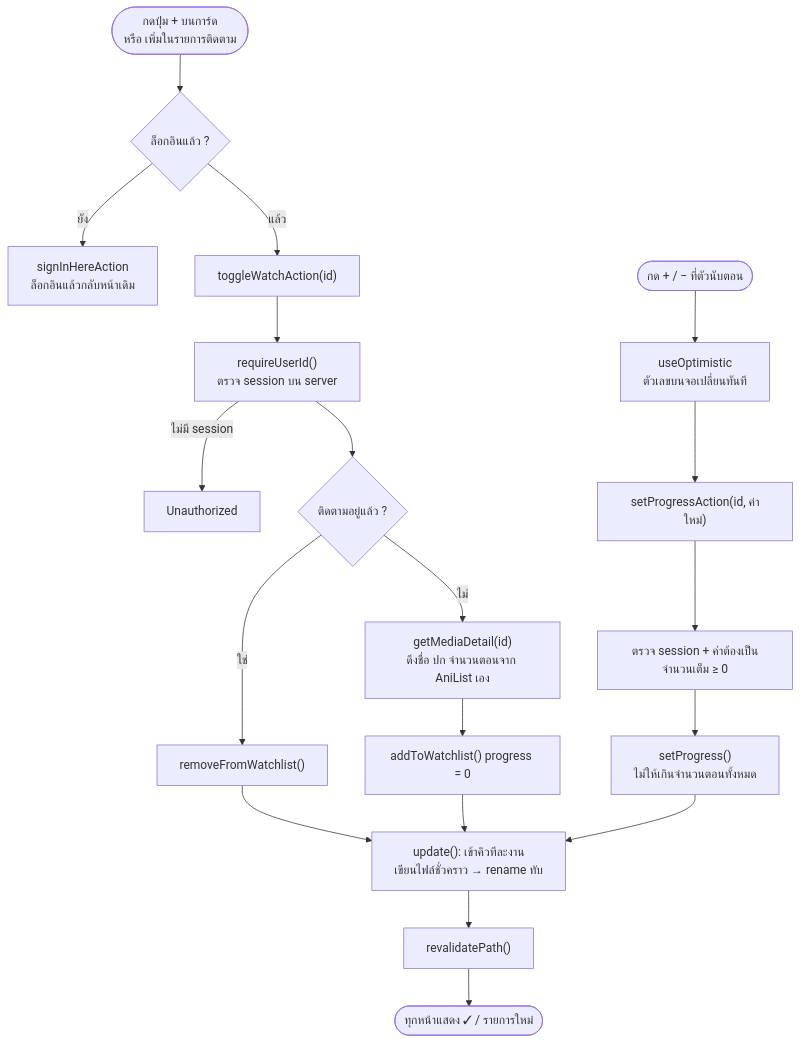
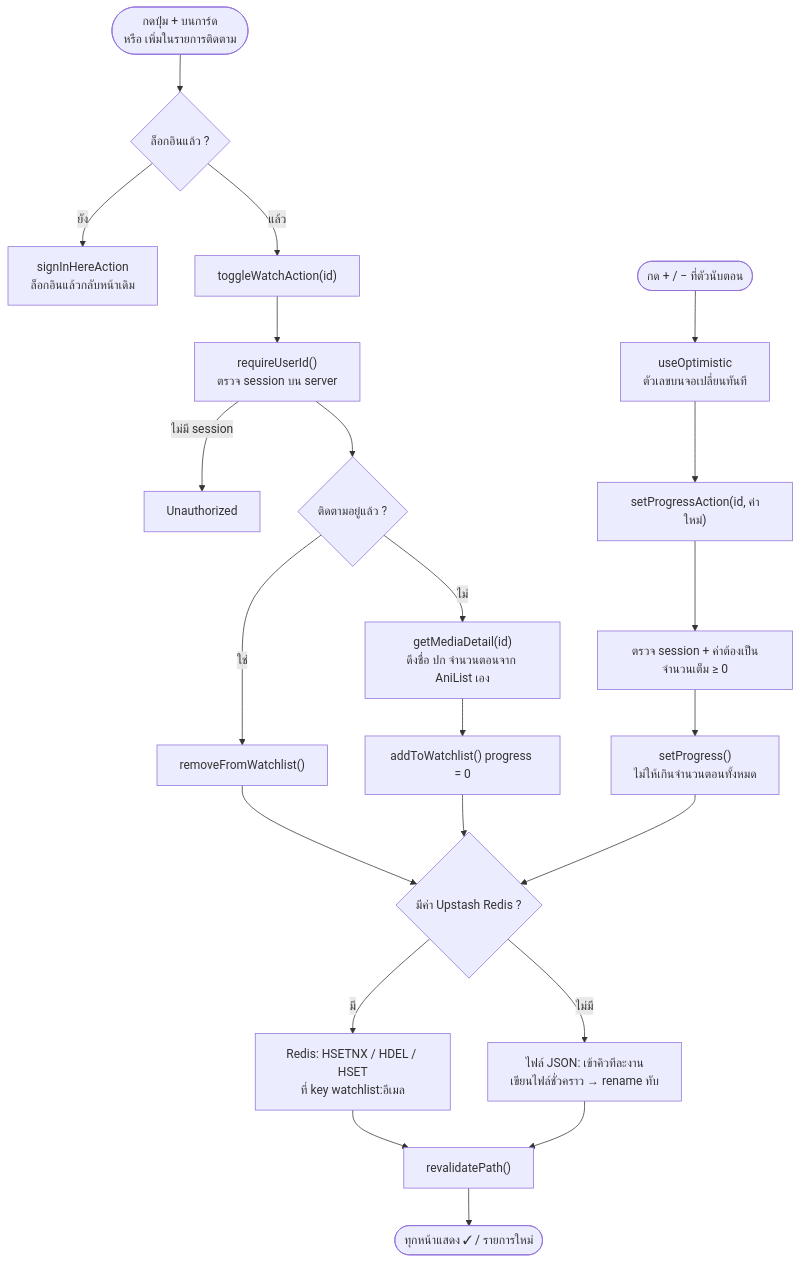
One commit to kmegumi354-cloud/project-webtech changed the fourth of 5 diagrams in README.md. Above: the diagram before and after it, drawn with Mermaid. The commit also changed other lines of this file, not shown here.

First line of the commit message:
Document Upstash Redis watchlist storage in README

````diff
--- a/README.md
+++ b/README.md
@@ -281,22 +285,26 @@
 ```mermaid
 flowchart TD
     A(["กดปุ่ม + บนการ์ด<br/>หรือ เพิ่มในรายการติดตาม"]) --> B{"ล็อกอินแล้ว ?"}
     B -- ยัง --> C["signInHereAction<br/>ล็อกอินแล้วกลับหน้าเดิม"]
     B -- แล้ว --> D["toggleWatchAction(id)"]
     D --> E["requireUserId()<br/>ตรวจ session บน server"]
     E -- ไม่มี session --> X["Unauthorized"]
     E --> F{"ติดตามอยู่แล้ว ?"}
     F -- ใช่ --> G["removeFromWatchlist()"]
     F -- ไม่ --> H["getMediaDetail(id)<br/>ดึงชื่อ ปก จำนวนตอนจาก AniList เอง"]
     H --> I["addToWatchlist() progress = 0"]
     G --> Q
-    I --> Q["update(): เข้าคิวทีละงาน<br/>เขียนไฟล์ชั่วคราว → rename ทับ"]
-    Q --> R["revalidatePath()"]
+    I --> Q{"มีค่า Upstash Redis ?"}
+    Q -- มี --> QR["Redis: HSETNX / HDEL / HSET<br/>ที่ key watchlist:อีเมล"]
+    Q -- ไม่มี --> QF["ไฟล์ JSON: เข้าคิวทีละงาน<br/>เขียนไฟล์ชั่วคราว → rename ทับ"]
+    QR --> R
+    QF --> R
+    R["revalidatePath()"]
     R --> S(["ทุกหน้าแสดง ✓ / รายการใหม่"])
 
     P(["กด + / − ที่ตัวนับตอน"]) --> P1["useOptimistic<br/>ตัวเลขบนจอเปลี่ยนทันที"]
     P1 --> P2["setProgressAction(id, ค่าใหม่)"]
     P2 --> P3["ตรวจ session + ค่าต้องเป็นจำนวนเต็ม ≥ 0"]
     P3 --> P4["setProgress()<br/>ไม่ให้เกินจำนวนตอนทั้งหมด"]
     P4 --> Q
 ```
````
